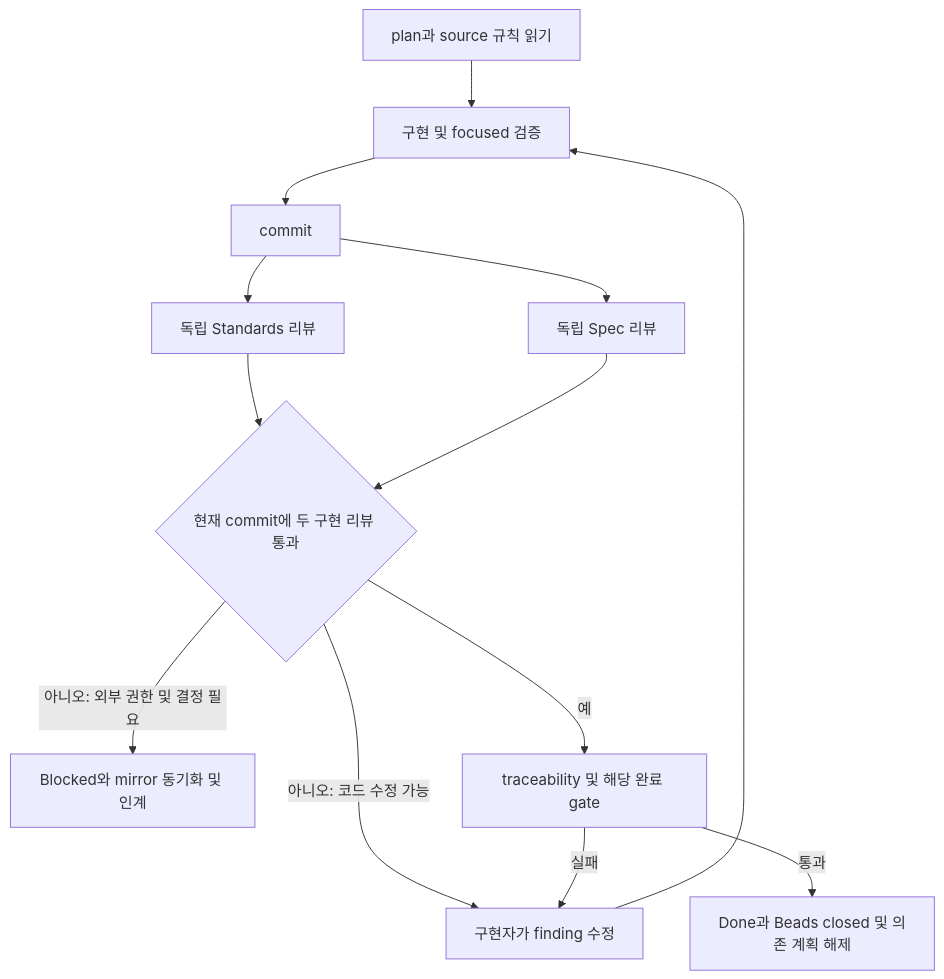
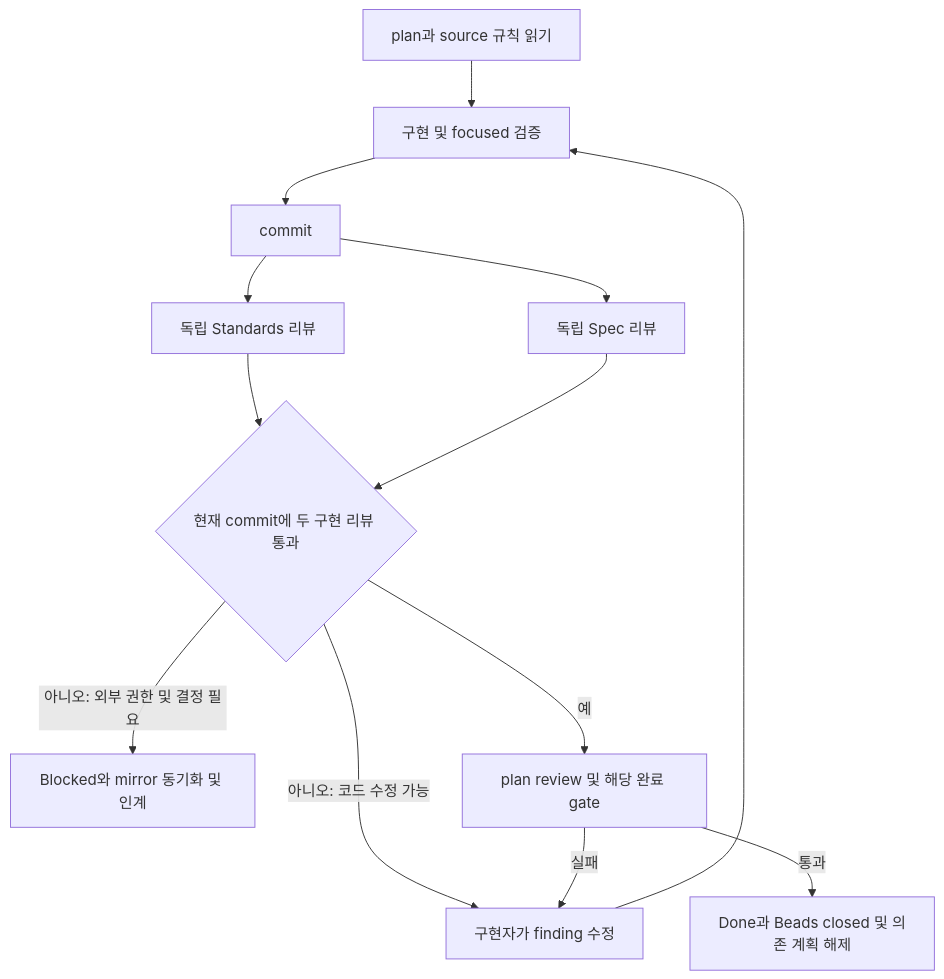
One commit to omegafrog/harness-codex changed the third of 5 diagrams in docs/architecture/workflow-lifecycle.md. Above: the diagram before and after it, drawn with Mermaid. The commit also changed other lines of this file and 140 other files, not shown here.

````diff
--- a/docs/architecture/workflow-lifecycle.md
+++ b/docs/architecture/workflow-lifecycle.md
@@ -205,15 +205,15 @@
 ```mermaid
 flowchart TD
     A[plan과 source 규칙 읽기] --> B[구현 및 focused 검증]
     B --> C[commit]
     C --> D[독립 Standards 리뷰]
     C --> E[독립 Spec 리뷰]
     D --> F{현재 commit에 두 구현 리뷰 통과}
     E --> F
     F -->|아니오: 코드 수정 가능| G[구현자가 finding 수정]
     G --> B
     F -->|아니오: 외부 권한 및 결정 필요| H[Blocked와 mirror 동기화 및 인계]
-    F -->|예| I[traceability 및 해당 완료 gate]
+    F -->|예| I[plan review 및 해당 완료 gate]
     I -->|실패| G
     I -->|통과| J[Done과 Beads closed 및 의존 계획 해제]
 ```
````
